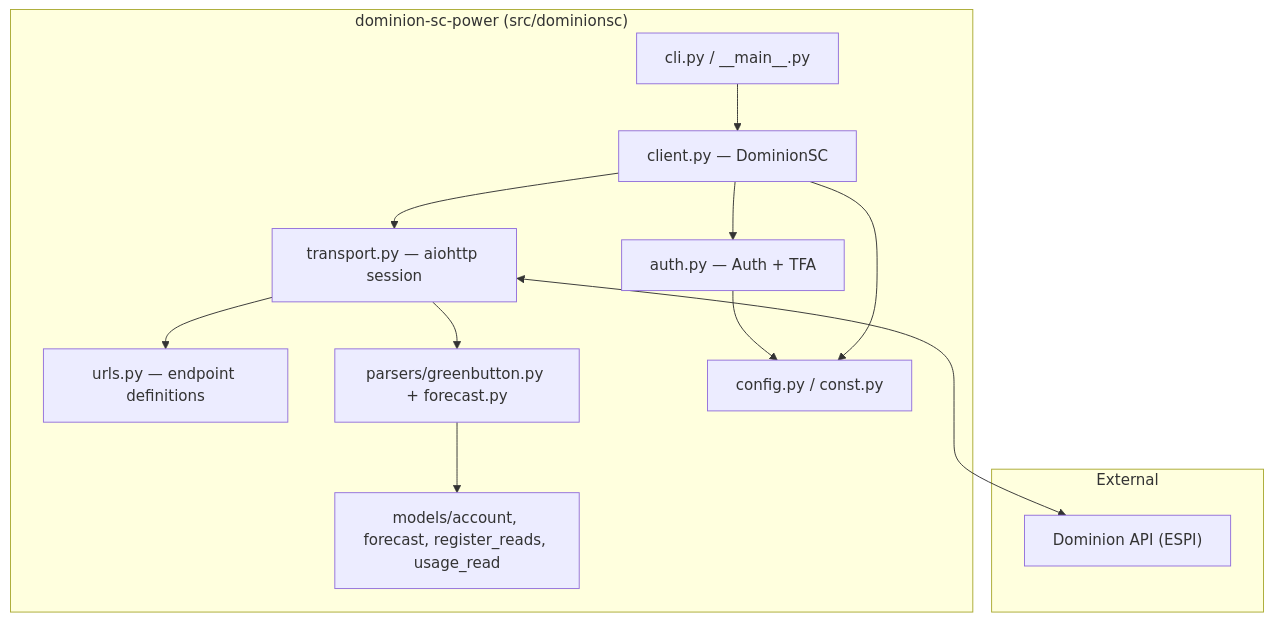
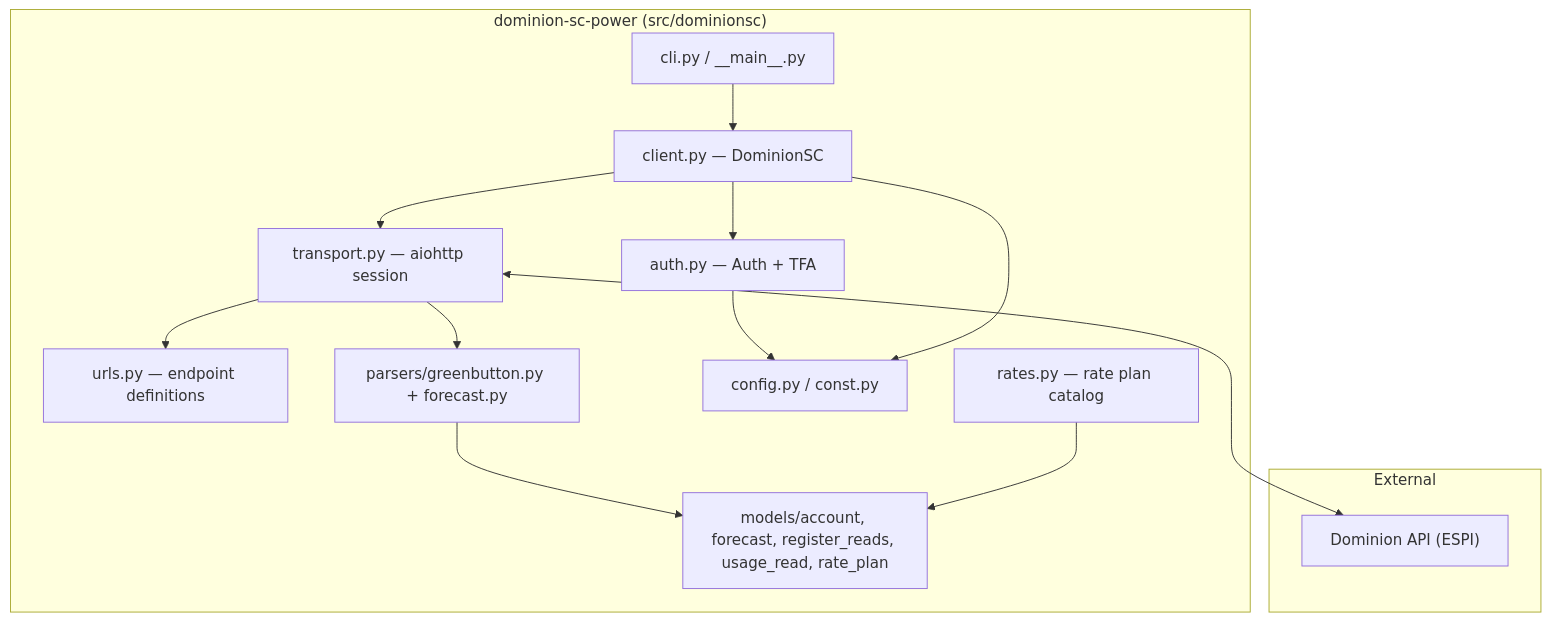
Before and after one commit to hype8912/dominion-sc-power: the diagram in docs/architecture/01-overview.md, drawn with Mermaid. The commit also changed other lines of this file and 7 other files, not shown here.

First line of the commit message:
docs: sync documentation with pilot_id override and rate plan refactor

````diff
--- a/docs/architecture/01-overview.md
+++ b/docs/architecture/01-overview.md
@@ -17,28 +17,30 @@
 ```mermaid
 flowchart TB
     subgraph External
         Dominion_API["Dominion API (ESPI)"]
     end
 
     subgraph Library["dominion-sc-power (src/dominionsc)"]
         CLI["cli.py / __main__.py"]
         Client["client.py — DominionSC"]
         Auth["auth.py — Auth + TFA"]
         Transport["transport.py — aiohttp session"]
         URLs["urls.py — endpoint definitions"]
         Parsers["parsers/greenbutton.py + forecast.py"]
-        Models["models/account, forecast, register_reads, usage_read"]
+        Models["models/account, forecast, register_reads, usage_read, rate_plan"]
         Config["config.py / const.py"]
+        Rates["rates.py — rate plan catalog"]
     end
 
     CLI --> Client
     Client --> Auth
     Client --> Transport
     Transport --> URLs
     Transport --> Parsers
     Parsers --> Models
     Auth --> Config
     Client --> Config
+    Rates --> Models
 
     Transport <---> Dominion_API
 ```
````
